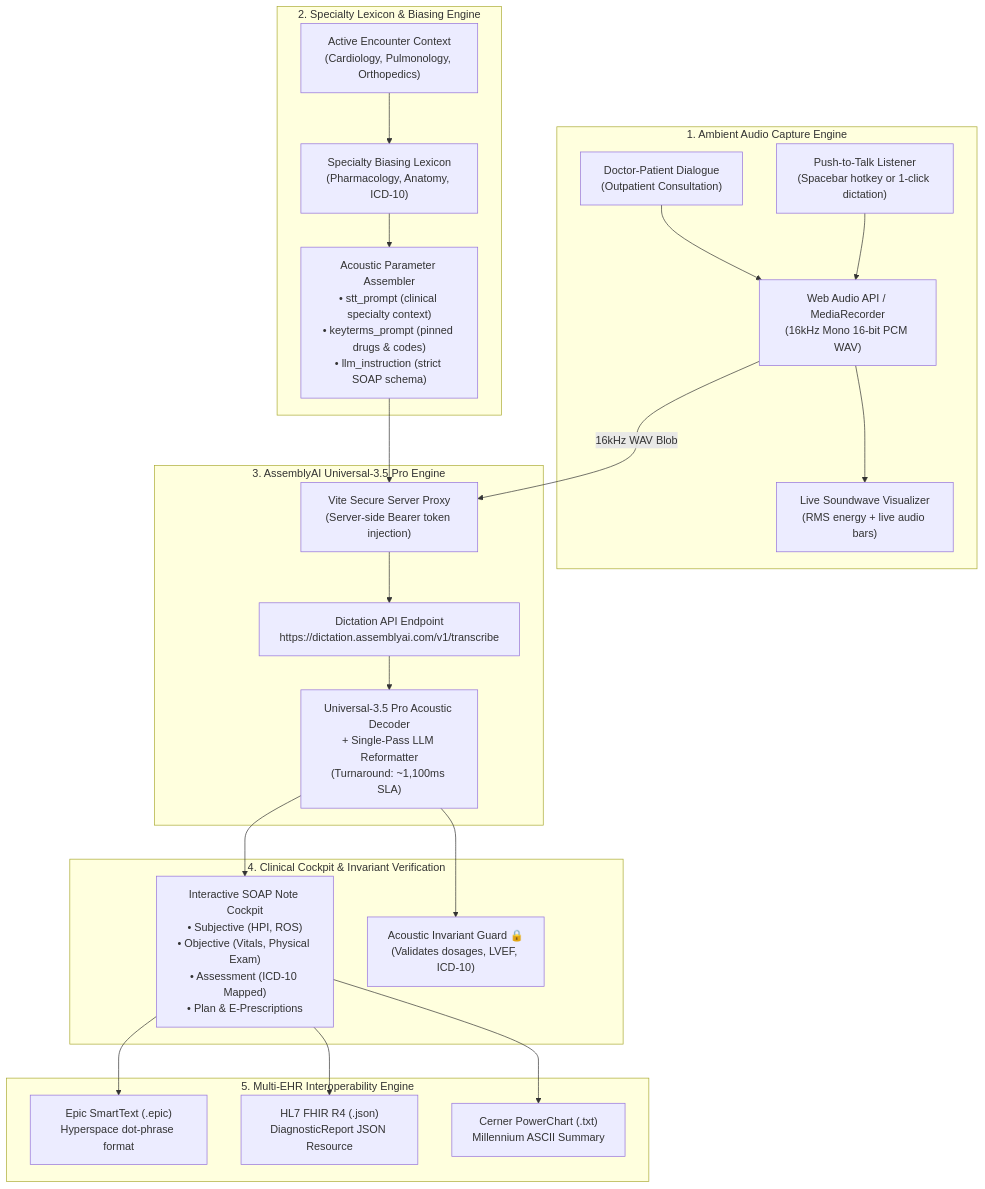
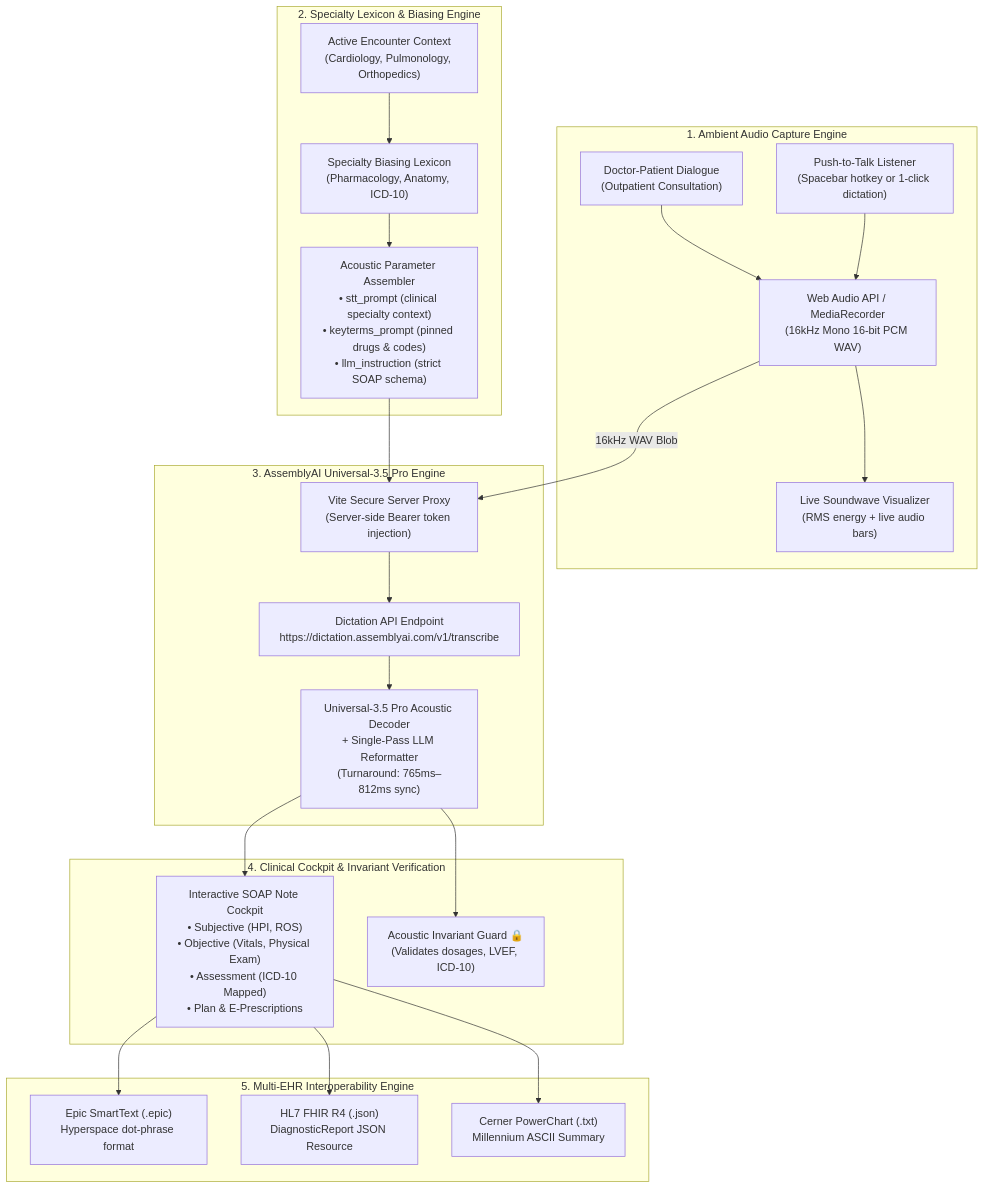
Before and after one commit to farhan0-code/curie: the diagram in README.md, drawn with Mermaid. The commit also changed other lines of this file and 13 other files, not shown here.

````diff
--- a/README.md
+++ b/README.md
@@ -204,44 +252,44 @@
 ```mermaid
 flowchart TD
     subgraph AudioCapture["1. Ambient Audio Capture Engine"]
         DoctorPatient["Doctor-Patient Dialogue<br/>(Outpatient Consultation)"]
         WebAudio["Web Audio API / MediaRecorder<br/>(16kHz Mono 16-bit PCM WAV)"]
         CanvasMeter["Live Soundwave Visualizer<br/>(RMS energy + live audio bars)"]
         PTT["Push-to-Talk Listener<br/>(Spacebar hotkey or 1-click dictation)"]
         DoctorPatient --> WebAudio
         PTT --> WebAudio
         WebAudio --> CanvasMeter
     end
 
     subgraph BiasingEngine["2. Specialty Lexicon & Biasing Engine"]
         EncounterConfig["Active Encounter Context<br/>(Cardiology, Pulmonology, Orthopedics)"]
         ActiveLexicon["Specialty Biasing Lexicon<br/>(Pharmacology, Anatomy, ICD-10)"]
         PromptAssembler["Acoustic Parameter Assembler<br/>• stt_prompt (clinical specialty context)<br/>• keyterms_prompt (pinned drugs & codes)<br/>• llm_instruction (strict SOAP schema)"]
         EncounterConfig --> ActiveLexicon --> PromptAssembler
     end
 
     subgraph AssemblyAI["3. AssemblyAI Universal-3.5 Pro Engine"]
         ViteProxy["Vite Secure Server Proxy<br/>(Server-side Bearer token injection)"]
         TranscribeAPI["Dictation API Endpoint<br/>https://dictation.assemblyai.com/v1/transcribe"]
-        Decoder["Universal-3.5 Pro Acoustic Decoder<br/>+ Single-Pass LLM Reformatter<br/>(Turnaround: ~1,100ms SLA)"]
+        Decoder["Universal-3.5 Pro Acoustic Decoder<br/>+ Single-Pass LLM Reformatter<br/>(Turnaround: 765ms–812ms sync)"]
         PromptAssembler --> ViteProxy
         WebAudio -->|16kHz WAV Blob| ViteProxy
         ViteProxy --> TranscribeAPI --> Decoder
     end
 
     subgraph CockpitUI["4. Clinical Cockpit & Invariant Verification"]
         SoapView["Interactive SOAP Note Cockpit<br/>• Subjective (HPI, ROS)<br/>• Objective (Vitals, Physical Exam)<br/>• Assessment (ICD-10 Mapped)<br/>• Plan & E-Prescriptions"]
         InvariantGuard["Acoustic Invariant Guard 🔒<br/>(Validates dosages, LVEF, ICD-10)"]
         Decoder --> SoapView
         Decoder --> InvariantGuard
     end
 
     subgraph EHRExport["5. Multi-EHR Interoperability Engine"]
         EpicExport["Epic SmartText (.epic)<br/>Hyperspace dot-phrase format"]
         FhirExport["HL7 FHIR R4 (.json)<br/>DiagnosticReport JSON Resource"]
         CernerExport["Cerner PowerChart (.txt)<br/>Millennium ASCII Summary"]
         SoapView --> EpicExport
         SoapView --> FhirExport
         SoapView --> CernerExport
     end
 ```
````
